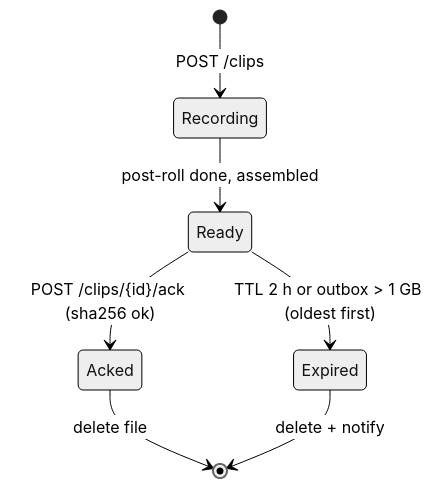
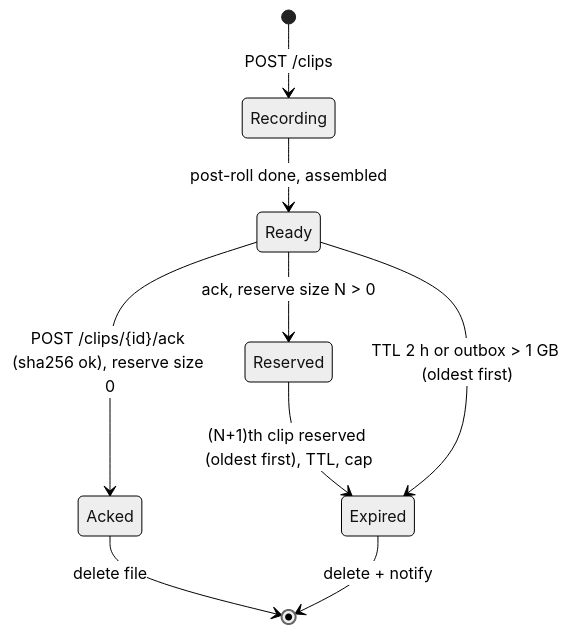
One commit to GF3000/InstantReplay changed the second of 3 diagrams in docs/SPEC.md. Above: the diagram before and after it, drawn with Mermaid (neutral theme). The commit also changed other lines of this file, not shown here.

Commit message:
SPEC: replay reserve (§3.4) and replays on air (§12.6)

````diff
--- a/docs/SPEC.md
+++ b/docs/SPEC.md
@@ -124,9 +124,11 @@
 ```mermaid
 stateDiagram-v2
   [*] --> Recording: POST /clips
   Recording --> Ready: post-roll done, assembled
-  Ready --> Acked: POST /clips/{id}/ack (sha256 ok)
+  Ready --> Acked: POST /clips/{id}/ack (sha256 ok), reserve size 0
+  Ready --> Reserved: ack, reserve size N > 0
   Acked --> [*]: delete file
+  Reserved --> Expired: (N+1)th clip reserved (oldest first), TTL, cap
   Ready --> Expired: TTL 2 h or outbox > 1 GB (oldest first)
   Expired --> [*]: delete + notify
 ```
````
